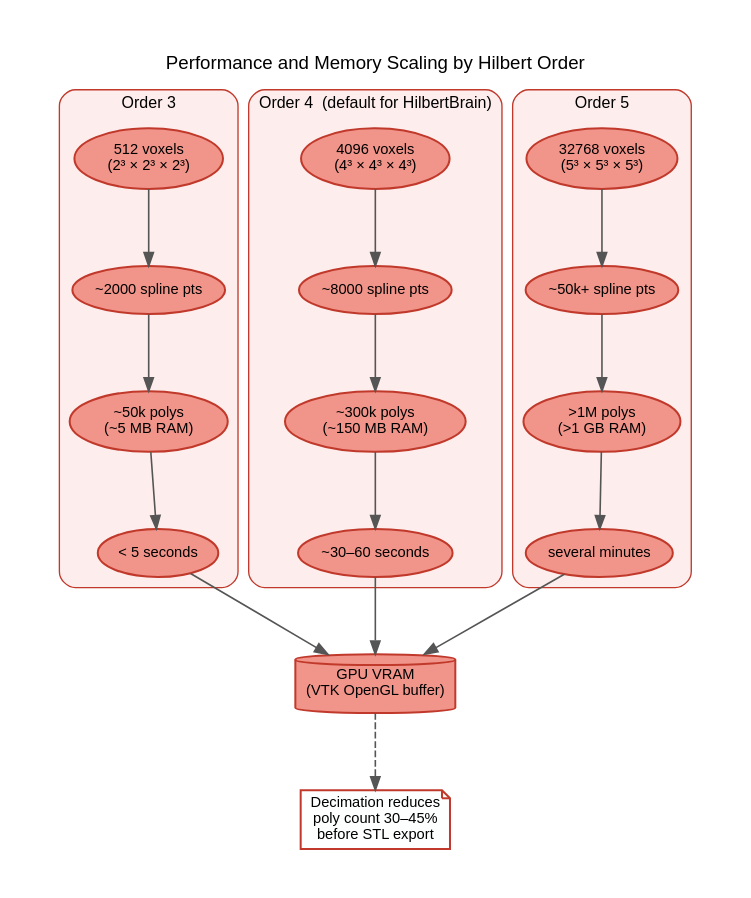
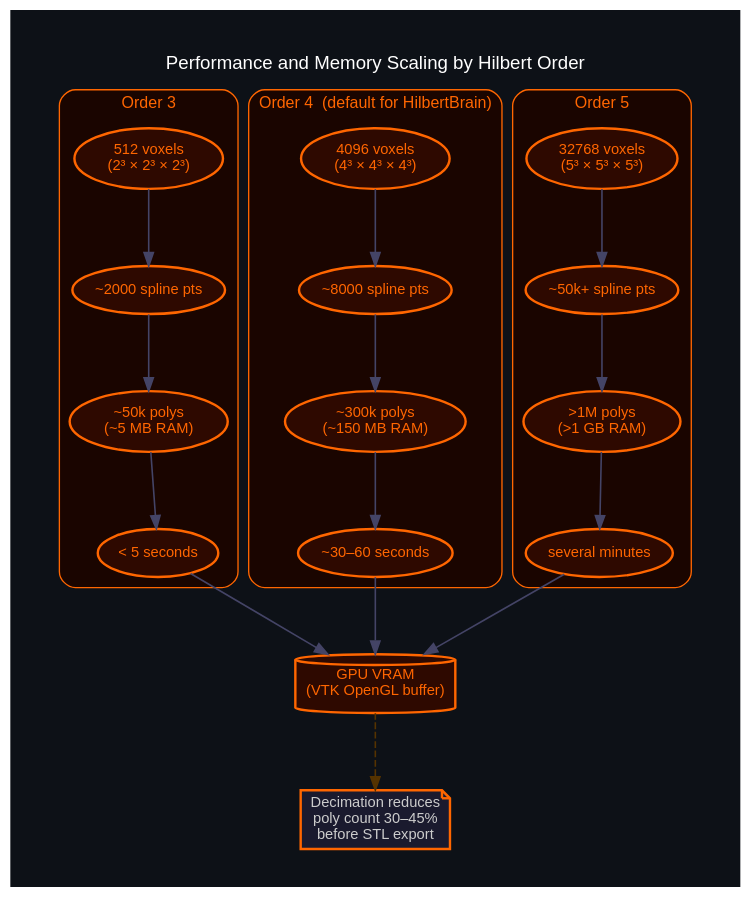
One commit to danindiana/hilbertbrane changed the diagram in docs/diagrams_25/10_performance_metrics.dot. Above: the diagram before and after it, drawn with Graphviz. The commit also changed 78 other files, not shown here.

```diff
--- a/docs/diagrams_25/10_performance_metrics.dot
+++ b/docs/diagrams_25/10_performance_metrics.dot
@@ -1,60 +1,61 @@
 digraph G {
     graph [
         fontname="Helvetica,Arial,sans-serif"
-        bgcolor="#ffffff"
+        bgcolor="#0d1117"
+        fontcolor="white"
         splines=spline
         nodesep=0.6
         ranksep=0.8
         pad=0.4
         labelloc="t"
         labeljust="c"
         fontsize=14
     ]
-    node [fontname="Helvetica,Arial,sans-serif" fontsize=11 style="filled,rounded" penwidth=1.5]
-    edge [fontname="Helvetica,Arial,sans-serif" fontsize=9 color="#555555" penwidth=1.2]
+    node [fontname="Helvetica,Arial,sans-serif" fontsize=11 style="filled,rounded" penwidth=1.8 fontcolor="white"]
+    edge [fontname="Helvetica,Arial,sans-serif" fontsize=9 color="#444466" penwidth=1.2 fontcolor="#aaaacc"]
     graph [label="Performance and Memory Scaling by Hilbert Order" rankdir="TB"]
 
     subgraph cluster_o3 {
         label="Order 3"
-        style="filled,rounded" fillcolor="#FDEDEC" color="#C0392B" fontsize=12
-        fontname="Helvetica,Arial,sans-serif"
+        style="filled,rounded" fillcolor="#1a0500" color="#ff6600" fontsize=12
+        fontname="Helvetica,Arial,sans-serif" fontcolor="#ff6600"
 
-        p3a [label="512 voxels\n(2³ × 2³ × 2³)" fillcolor="#F1948A" color="#C0392B"]
-        p3b [label="~2000 spline pts" fillcolor="#F1948A" color="#C0392B"]
-        p3c [label="~50k polys\n(~5 MB RAM)" fillcolor="#F1948A" color="#C0392B"]
-        p3d [label="< 5 seconds" fillcolor="#F1948A" color="#C0392B"]
+        p3a [label="512 voxels\n(2³ × 2³ × 2³)" fillcolor="#2e0900" color="#ff6600" fontcolor="#ff6600"]
+        p3b [label="~2000 spline pts" fillcolor="#2e0900" color="#ff6600" fontcolor="#ff6600"]
+        p3c [label="~50k polys\n(~5 MB RAM)" fillcolor="#2e0900" color="#ff6600" fontcolor="#ff6600"]
+        p3d [label="< 5 seconds" fillcolor="#2e0900" color="#ff6600" fontcolor="#ff6600"]
         p3a -> p3b -> p3c -> p3d
     }
 
     subgraph cluster_o4 {
         label="Order 4  (default for HilbertBrain)"
-        style="filled,rounded" fillcolor="#FDEDEC" color="#C0392B" fontsize=12
-        fontname="Helvetica,Arial,sans-serif"
+        style="filled,rounded" fillcolor="#1a0500" color="#ff6600" fontsize=12
+        fontname="Helvetica,Arial,sans-serif" fontcolor="#ff6600"
 
-        p4a [label="4096 voxels\n(4³ × 4³ × 4³)" fillcolor="#F1948A" color="#C0392B"]
-        p4b [label="~8000 spline pts" fillcolor="#F1948A" color="#C0392B"]
-        p4c [label="~300k polys\n(~150 MB RAM)" fillcolor="#F1948A" color="#C0392B"]
-        p4d [label="~30–60 seconds" fillcolor="#F1948A" color="#C0392B"]
+        p4a [label="4096 voxels\n(4³ × 4³ × 4³)" fillcolor="#2e0900" color="#ff6600" fontcolor="#ff6600"]
+        p4b [label="~8000 spline pts" fillcolor="#2e0900" color="#ff6600" fontcolor="#ff6600"]
+        p4c [label="~300k polys\n(~150 MB RAM)" fillcolor="#2e0900" color="#ff6600" fontcolor="#ff6600"]
+        p4d [label="~30–60 seconds" fillcolor="#2e0900" color="#ff6600" fontcolor="#ff6600"]
         p4a -> p4b -> p4c -> p4d
     }
 
     subgraph cluster_o5 {
         label="Order 5"
-        style="filled,rounded" fillcolor="#FDEDEC" color="#C0392B" fontsize=12
-        fontname="Helvetica,Arial,sans-serif"
+        style="filled,rounded" fillcolor="#1a0500" color="#ff6600" fontsize=12
+        fontname="Helvetica,Arial,sans-serif" fontcolor="#ff6600"
 
-        p5a [label="32768 voxels\n(5³ × 5³ × 5³)" fillcolor="#F1948A" color="#C0392B"]
-        p5b [label="~50k+ spline pts" fillcolor="#F1948A" color="#C0392B"]
-        p5c [label=">1M polys\n(>1 GB RAM)" fillcolor="#F1948A" color="#C0392B"]
-        p5d [label="several minutes" fillcolor="#F1948A" color="#C0392B"]
+        p5a [label="32768 voxels\n(5³ × 5³ × 5³)" fillcolor="#2e0900" color="#ff6600" fontcolor="#ff6600"]
+        p5b [label="~50k+ spline pts" fillcolor="#2e0900" color="#ff6600" fontcolor="#ff6600"]
+        p5c [label=">1M polys\n(>1 GB RAM)" fillcolor="#2e0900" color="#ff6600" fontcolor="#ff6600"]
+        p5d [label="several minutes" fillcolor="#2e0900" color="#ff6600" fontcolor="#ff6600"]
         p5a -> p5b -> p5c -> p5d
     }
 
-    gpu [label="GPU VRAM\n(VTK OpenGL buffer)" shape=cylinder fillcolor="#F1948A" color="#C0392B"]
-    note1 [label="Decimation reduces\npoly count 30–45%\nbefore STL export" shape=note fillcolor="#FDFEFE" color="#C0392B"]
+    gpu [label="GPU VRAM\n(VTK OpenGL buffer)" shape=cylinder fillcolor="#2e0900" color="#ff6600" fontcolor="#ff6600"]
+    note1 [label="Decimation reduces\npoly count 30–45%\nbefore STL export" shape=note fillcolor="#1a1a2e" color="#ff6600" fontcolor="#cccccc"]
 
     p3d -> gpu
     p4d -> gpu
     p5d -> gpu
-    gpu -> note1 [style=dashed]
+    gpu -> note1 [style=dashed color="#553300"]
 }
```
